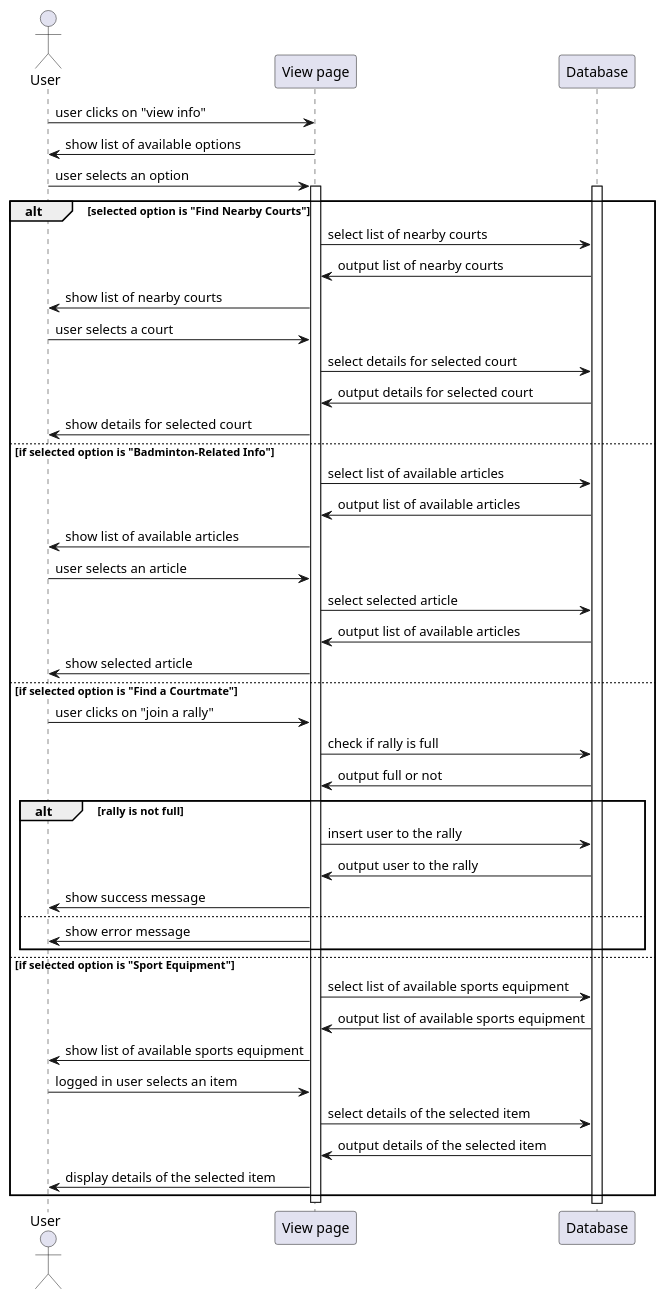
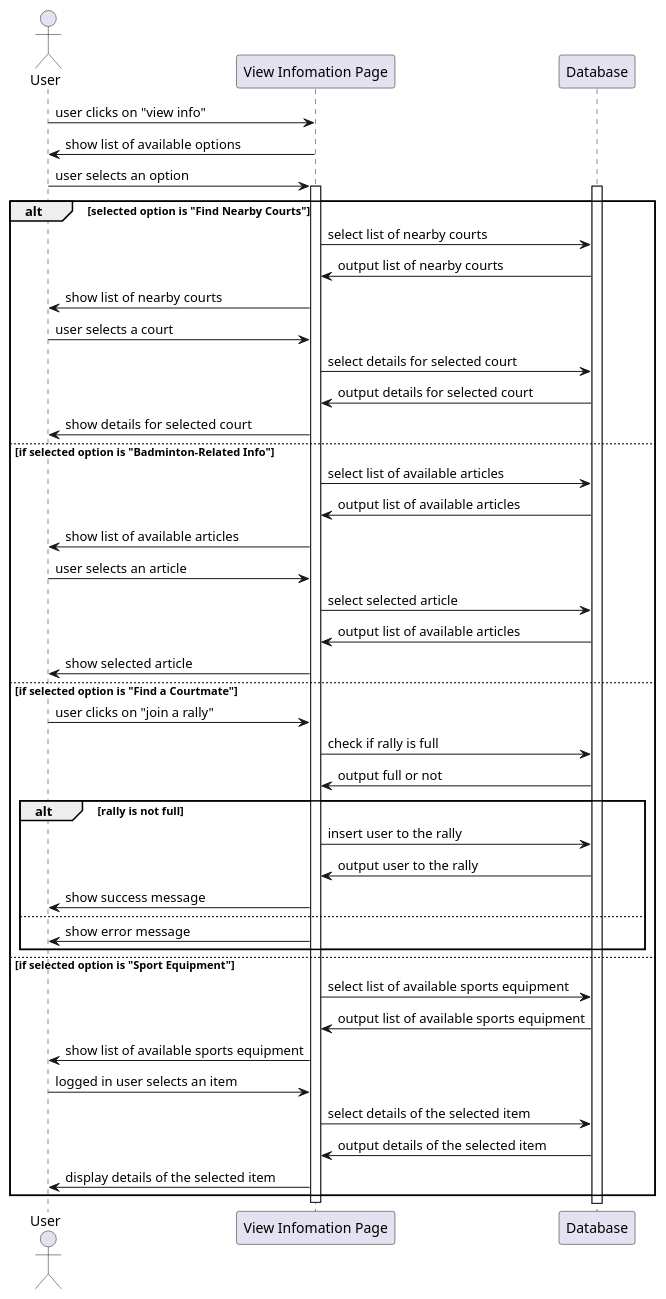
One commit to Vizards8/Hey_Badminton changed the diagram in Sequence Diagram/View info.puml. Above: the diagram before and after it, drawn with PlantUML. The commit also changed 1 other file, not shown here.

Commit message:
Add sequence diagram

```diff
--- a/Sequence Diagram/View info.puml
+++ b/Sequence Diagram/View info.puml
@@ -1,49 +1,49 @@
 @startuml
 
 Actor User
-participant "View page" as System
+participant "View Infomation Page" as System
 User -> System: user clicks on "view info"
 System -> User: show list of available options
 User -> System: user selects an option
 
 activate System
 activate Database
 
 alt selected option is "Find Nearby Courts"
     System -> Database: select list of nearby courts
     Database -> System: output list of nearby courts
     System -> User: show list of nearby courts
     User -> System: user selects a court
     System -> Database: select details for selected court
     Database -> System: output details for selected court
     System -> User: show details for selected court
 else if selected option is "Badminton-Related Info"
     System -> Database: select list of available articles
     Database -> System: output list of available articles
     System -> User: show list of available articles
     User -> System: user selects an article
     System -> Database: select selected article
     Database -> System: output list of available articles
     System -> User: show selected article
 else if selected option is "Find a Courtmate"
     User -> System: user clicks on "join a rally"
     System -> Database: check if rally is full
     Database -> System: output full or not
     alt rally is not full
         System -> Database: insert user to the rally
         Database -> System: output user to the rally
         System -> User: show success message
     else
         System -> User: show error message
     end
 else if selected option is "Sport Equipment"
     System -> Database: select list of available sports equipment
     Database -> System: output list of available sports equipment
     System -> User: show list of available sports equipment
     User -> System: logged in user selects an item
     System -> Database: select details of the selected item
     Database -> System: output details of the selected item
     System -> User: display details of the selected item
 end
 deactivate System
 @enduml
```
